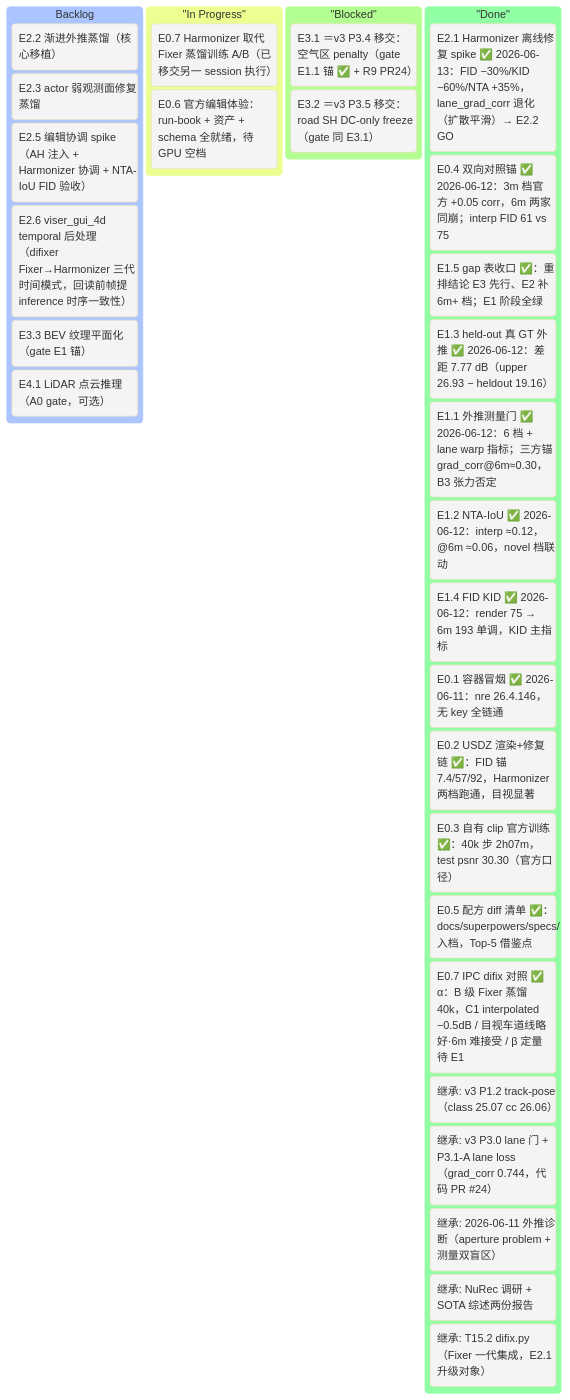
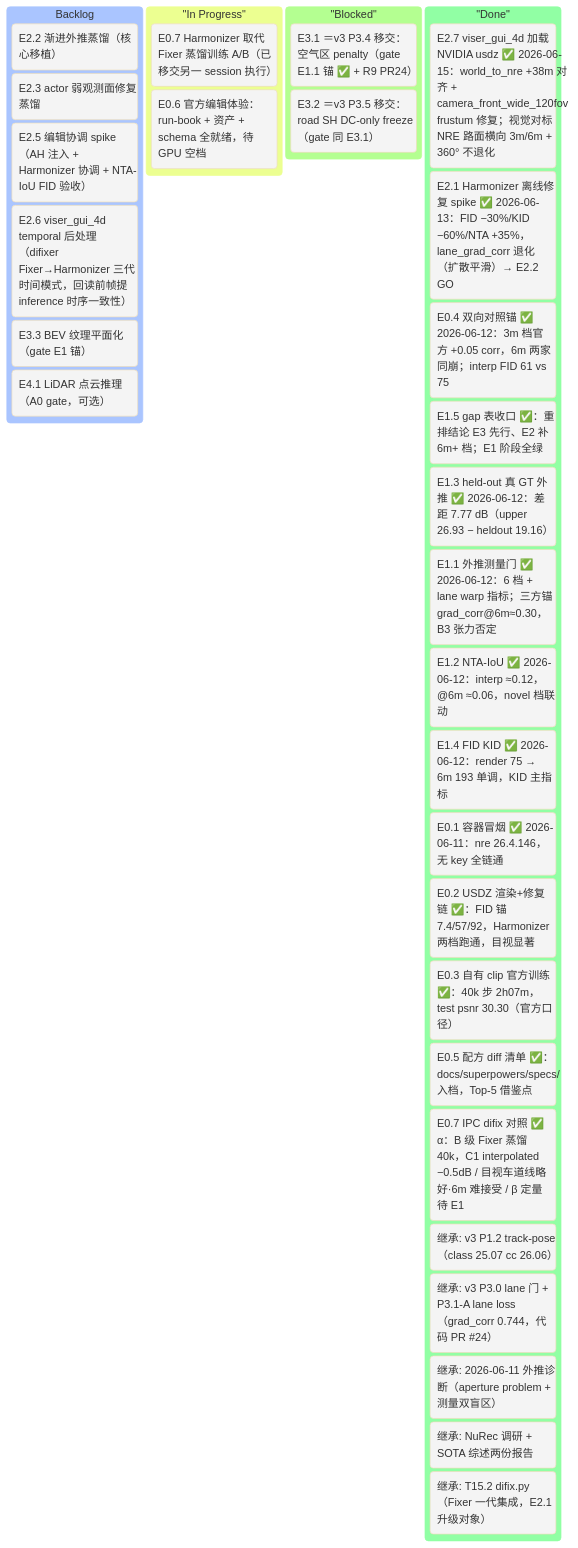
One commit to etendue/3dgrut changed the first of 2 diagrams in v4_plan.md. Above: the diagram before and after it, drawn with Mermaid. The commit also changed other lines of this file, not shown here.

````diff
--- a/v4_plan.md
+++ b/v4_plan.md
@@ -67,38 +67,39 @@
 ```mermaid
 %%{init: {'theme':'base'}}%%
 kanban
     Backlog
         [E2.2 渐进外推蒸馏（核心移植）]
         [E2.3 actor 弱观测面修复蒸馏]
         [E2.5 编辑协调 spike（AH 注入 + Harmonizer 协调 + NTA-IoU FID 验收）]
         [E2.6 viser_gui_4d temporal 后处理（difixer Fixer→Harmonizer 三代时间模式，回读前帧提 inference 时序一致性）]
         [E3.3 BEV 纹理平面化（gate E1 锚）]
         [E4.1 LiDAR 点云推理（A0 gate，可选）]
 
     "In Progress"
         [E0.7 Harmonizer 取代 Fixer 蒸馏训练 A/B（已移交另一 session 执行）]
         [E0.6 官方编辑体验：run-book + 资产 + schema 全就绪，待 GPU 空档]
 
     "Blocked"
         [E3.1 ＝v3 P3.4 移交：空气区 penalty（gate E1.1 锚 ✅ + R9 PR24）]
         [E3.2 ＝v3 P3.5 移交：road SH DC-only freeze（gate 同 E3.1）]
 
     "Done"
+        [E2.7 viser_gui_4d 加载 NVIDIA usdz ✅ 2026-06-15：world_to_nre +38m 对齐 + camera_front_wide_120fov frustum 修复；视觉对标 NRE 路面横向 3m/6m + 360° 不退化]
         [E2.1 Harmonizer 离线修复 spike ✅ 2026-06-13：FID −30%/KID −60%/NTA +35%，lane_grad_corr 退化（扩散平滑）→ E2.2 GO]
         [E0.4 双向对照锚 ✅ 2026-06-12：3m 档官方 +0.05 corr，6m 两家同崩；interp FID 61 vs 75]
         [E1.5 gap 表收口 ✅：重排结论 E3 先行、E2 补 6m+ 档；E1 阶段全绿]
         [E1.3 held-out 真 GT 外推 ✅ 2026-06-12：差距 7.77 dB（upper 26.93 − heldout 19.16）]
         [E1.1 外推测量门 ✅ 2026-06-12：6 档 + lane warp 指标；三方锚 grad_corr@6m≈0.30，B3 张力否定]
         [E1.2 NTA-IoU ✅ 2026-06-12：interp ≈0.12，@6m ≈0.06，novel 档联动]
         [E1.4 FID KID ✅ 2026-06-12：render 75 → 6m 193 单调，KID 主指标]
         [E0.1 容器冒烟 ✅ 2026-06-11：nre 26.4.146，无 key 全链通]
         [E0.2 USDZ 渲染+修复链 ✅：FID 锚 7.4/57/92，Harmonizer 两档跑通，目视显著]
         [E0.3 自有 clip 官方训练 ✅：40k 步 2h07m，test psnr 30.30（官方口径）]
         [E0.5 配方 diff 清单 ✅：docs/superpowers/specs/ 入档，Top-5 借鉴点]
         [E0.7 IPC difix 对照 ✅ α：B 级 Fixer 蒸馏 40k，C1 interpolated −0.5dB / 目视车道线略好·6m 难接受 / β 定量待 E1]
         [继承: v3 P1.2 track-pose（class 25.07 cc 26.06）]
         [继承: v3 P3.0 lane 门 + P3.1-A lane loss（grad_corr 0.744，代码 PR #24）]
         [继承: 2026-06-11 外推诊断（aperture problem + 测量双盲区）]
         [继承: NuRec 调研 + SOTA 综述两份报告]
         [继承: T15.2 difix.py（Fixer 一代集成，E2.1 升级对象）]
 ```
````
